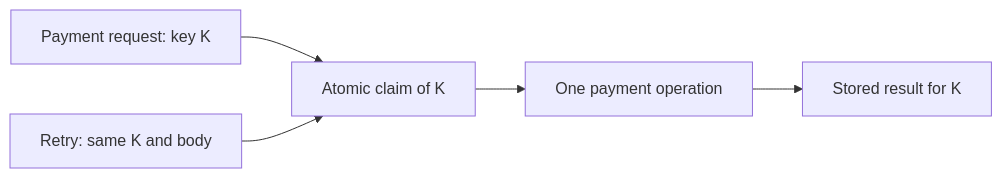
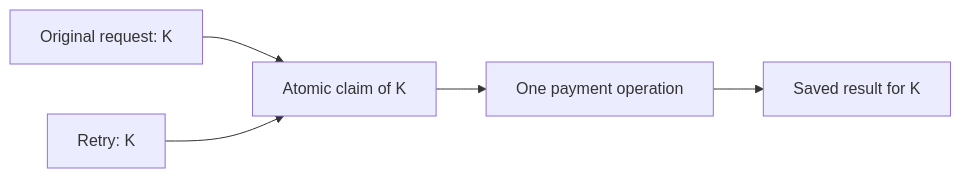
Before and after one commit to sid16mishra02-design/system-design: the diagram in curriculum/06-api-fundamentals/04-idempotency.md, drawn with Mermaid. The commit also changed other lines of this file and 84 other files, not shown here.

````diff
--- a/curriculum/06-api-fundamentals/04-idempotency.md
+++ b/curriculum/06-api-fundamentals/04-idempotency.md
@@ -70,7 +72,7 @@
 ```mermaid
 flowchart LR
-  A["Payment request: key K"] --> S["Atomic claim of K"]
-  R["Retry: same K and body"] --> S
+  A["Original request: K"] --> S["Atomic claim of K"]
+  R["Retry: K"] --> S
   S --> O["One payment operation"]
-  O --> V["Stored result for K"]
+  O --> V["Saved result for K"]
 ```
````
